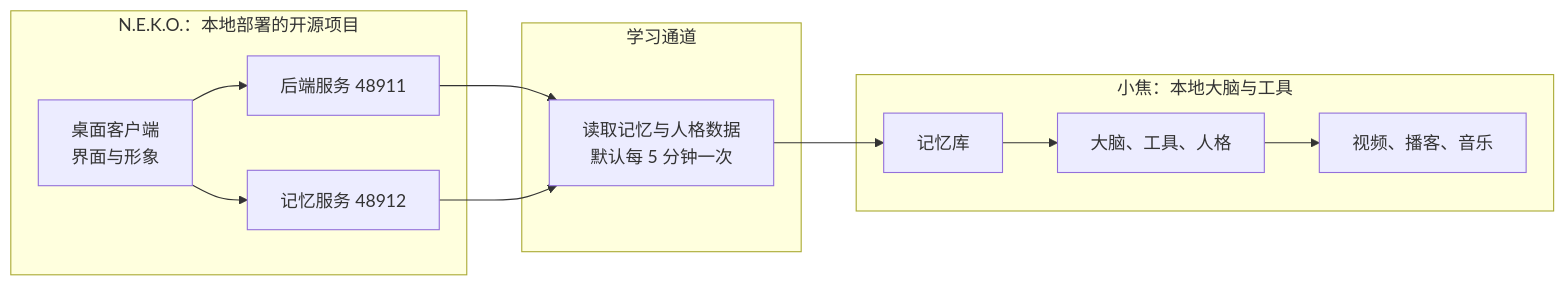
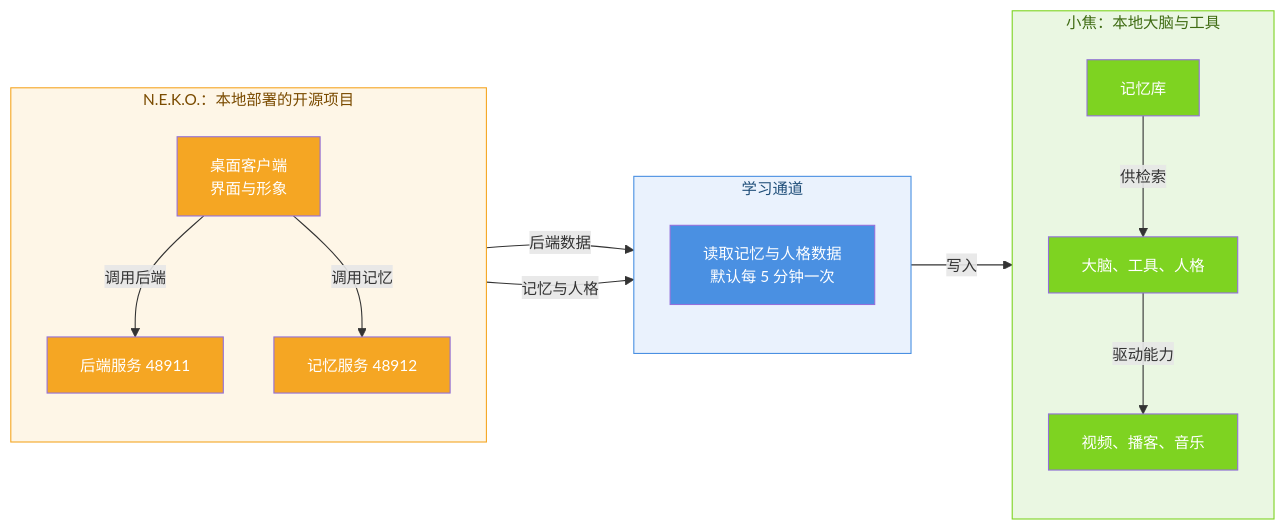
One commit to jiangchuangege/xiaojiao-harnees changed the sixth of 7 diagrams in README.md. Above: the diagram before and after it, drawn with Mermaid. The commit also changed other lines of this file and 30 other files, not shown here.

First line of the commit message:
﻿全仓 Mermaid 图统一 + 对比表与 License 修正

````diff
--- a/README.md
+++ b/README.md
@@ -569,21 +706,37 @@
 ```mermaid
 flowchart LR
+%%{init: {"themeVariables": {"fontSize": "14px"}, "flowchart": {"htmlLabels": true, "wrappingWidth": 340, "nodeSpacing": 46, "rankSpacing": 64, "useMaxWidth": true}}}%%
     subgraph NEKO["N.E.K.O.：本地部署的开源项目"]
+        direction TB
         APP["桌面客户端<br/>界面与形象"]
         MS["后端服务 48911"]
         MEM["记忆服务 48912"]
-        APP --> MS
-        APP --> MEM
+        APP -->|"调用后端"| MS
+        APP -->|"调用记忆"| MEM
     end
     subgraph LEARN["学习通道"]
+        direction TB
         LF["读取记忆与人格数据<br/>默认每 5 分钟一次"]
     end
     subgraph XJ["小焦：本地大脑与工具"]
+        direction TB
         KNOW["记忆库"]
         BRAIN["大脑、工具、人格"]
         GEN["视频、播客、音乐"]
+        KNOW -->|"供检索"| BRAIN
+        BRAIN -->|"驱动能力"| GEN
     end
-    MS --> LF
-    MEM --> LF
-    LF --> KNOW --> BRAIN --> GEN
+    MS -->|"后端数据"| LF
+    MEM -->|"记忆与人格"| LF
+    LF -->|"写入"| KNOW
+    style NEKO fill:#FEF6E7,stroke:#F5A623,color:#7A4B00
+    style LEARN fill:#EAF2FD,stroke:#4A90E2,color:#1F4E79
+    style XJ fill:#EAF7E2,stroke:#7ED321,color:#3E6B12
+    style APP fill:#F5A623,color:#fff
+    style MS fill:#F5A623,color:#fff
+    style MEM fill:#F5A623,color:#fff
+    style LF fill:#4A90E2,color:#fff
+    style KNOW fill:#7ED321,color:#fff
+    style BRAIN fill:#7ED321,color:#fff
+    style GEN fill:#7ED321,color:#fff
 ```
````
